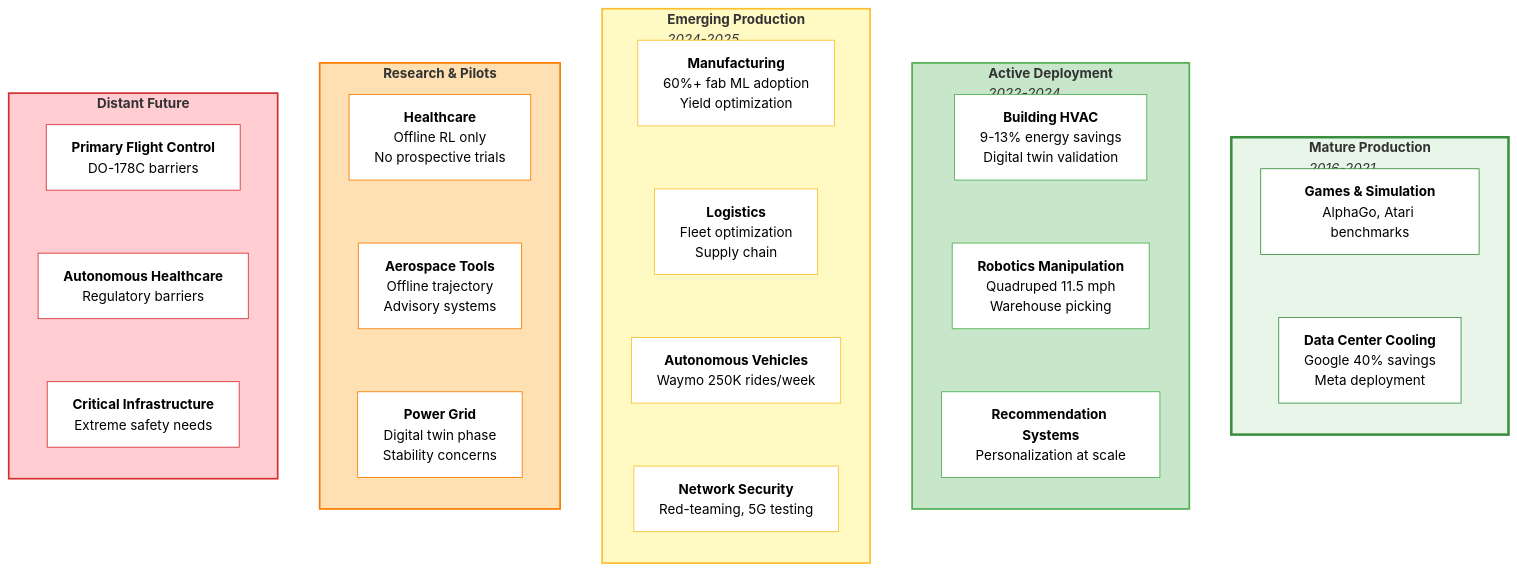
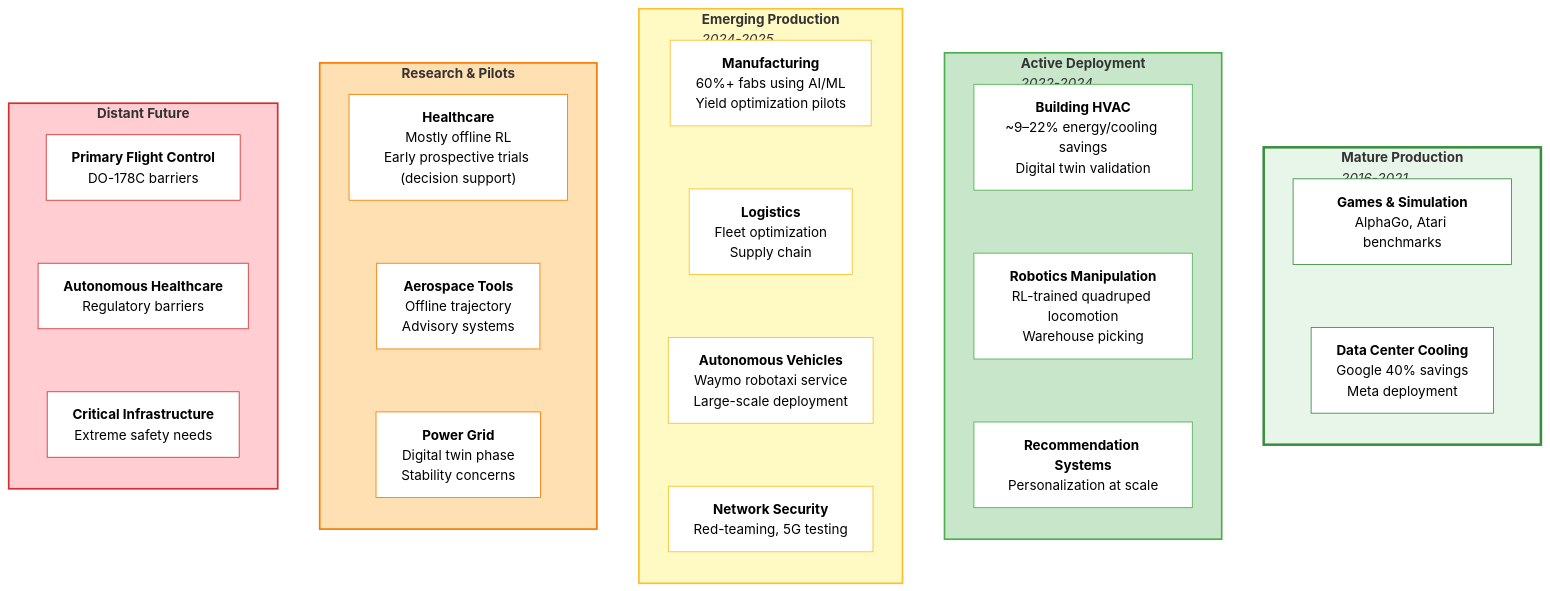
The fourth of 4 diagrams in _posts/2025-11-16-rl-real-world-systems.markdown (aribiswas/aribiswas.github.io), drawn with Mermaid (neutral theme) before and after one commit. The commit also changed other lines of this file, not shown here.

Commit message:
fact check and fixes

````diff
--- a/_posts/2025-11-16-rl-real-world-systems.markdown
+++ b/_posts/2025-11-16-rl-real-world-systems.markdown
@@ -354,69 +354,69 @@
 ```mermaid
 graph TB
     subgraph MP["<b>Mature Production</b><br/><i>2016-2021</i>"]
         direction TB
         GS["<b>Games & Simulation</b><br/>AlphaGo, Atari benchmarks"]
         DC["<b>Data Center Cooling</b><br/>Google 40% savings<br/>Meta deployment"]
         GS ~~~ DC
     end
 
     subgraph AD["<b>Active Deployment</b><br/><i>2022-2024</i>"]
         direction TB
-        HVAC["<b>Building HVAC</b><br/>9-13% energy savings<br/>Digital twin validation"]
-        ROB["<b>Robotics Manipulation</b><br/>Quadruped 11.5 mph<br/>Warehouse picking"]
+        HVAC["<b>Building HVAC</b><br/>~9–22% energy/cooling savings<br/>Digital twin validation"]
+        ROB["<b>Robotics Manipulation</b><br/>RL-trained quadruped locomotion<br/>Warehouse picking"]
         REC["<b>Recommendation Systems</b><br/>Personalization at scale"]
         HVAC ~~~ ROB
         ROB ~~~ REC
     end
 
     subgraph EP["<b>Emerging Production</b><br/><i>2024-2025</i>"]
         direction TB
-        MFG["<b>Manufacturing</b><br/>60%+ fab ML adoption<br/>Yield optimization"]
+        MFG["<b>Manufacturing</b><br/>60%+ fabs using AI/ML<br/>Yield optimization pilots"]
         LOG["<b>Logistics</b><br/>Fleet optimization<br/>Supply chain"]
-        AV["<b>Autonomous Vehicles</b><br/>Waymo 250K rides/week"]
+        AV["<b>Autonomous Vehicles</b><br/>Waymo robotaxi service<br/>Large-scale deployment"]
         SEC["<b>Network Security</b><br/>Red-teaming, 5G testing"]
         MFG ~~~ LOG
         LOG ~~~ AV
         AV ~~~ SEC
     end
 
     subgraph RP["<b>Research & Pilots</b>"]
         direction TB
-        HC["<b>Healthcare</b><br/>Offline RL only<br/>No prospective trials"]
+        HC["<b>Healthcare</b><br/>Mostly offline RL<br/>Early prospective trials (decision support)"]
         AERO["<b>Aerospace Tools</b><br/>Offline trajectory<br/>Advisory systems"]
         GRID["<b>Power Grid</b><br/>Digital twin phase<br/>Stability concerns"]
         HC ~~~ AERO
         AERO ~~~ GRID
     end
 
     subgraph DF["<b>Distant Future</b>"]
         direction TB
         FLT["<b>Primary Flight Control</b><br/>DO-178C barriers"]
         MED["<b>Autonomous Healthcare</b><br/>Regulatory barriers"]
         CRIT["<b>Critical Infrastructure</b><br/>Extreme safety needs"]
         FLT ~~~ MED
         MED ~~~ CRIT
     end
 
     style MP fill:#e8f5e9,stroke:#388e3c,stroke-width:3px
     style AD fill:#c8e6c9,stroke:#4caf50,stroke-width:2px
     style EP fill:#fff9c4,stroke:#fbc02d,stroke-width:2px
     style RP fill:#ffe0b2,stroke:#f57c00,stroke-width:2px
     style DF fill:#ffcdd2,stroke:#d32f2f,stroke-width:2px
 
     style GS fill:#ffffff,stroke:#388e3c,stroke-width:1px
     style DC fill:#ffffff,stroke:#388e3c,stroke-width:1px
     style HVAC fill:#ffffff,stroke:#4caf50,stroke-width:1px
     style ROB fill:#ffffff,stroke:#4caf50,stroke-width:1px
     style REC fill:#ffffff,stroke:#4caf50,stroke-width:1px
     style MFG fill:#ffffff,stroke:#fbc02d,stroke-width:1px
     style LOG fill:#ffffff,stroke:#fbc02d,stroke-width:1px
     style AV fill:#ffffff,stroke:#fbc02d,stroke-width:1px
     style SEC fill:#ffffff,stroke:#fbc02d,stroke-width:1px
     style HC fill:#ffffff,stroke:#f57c00,stroke-width:1px
     style AERO fill:#ffffff,stroke:#f57c00,stroke-width:1px
     style GRID fill:#ffffff,stroke:#f57c00,stroke-width:1px
     style FLT fill:#ffffff,stroke:#d32f2f,stroke-width:1px
     style MED fill:#ffffff,stroke:#d32f2f,stroke-width:1px
     style CRIT fill:#ffffff,stroke:#d32f2f,stroke-width:1px
 ```
````
